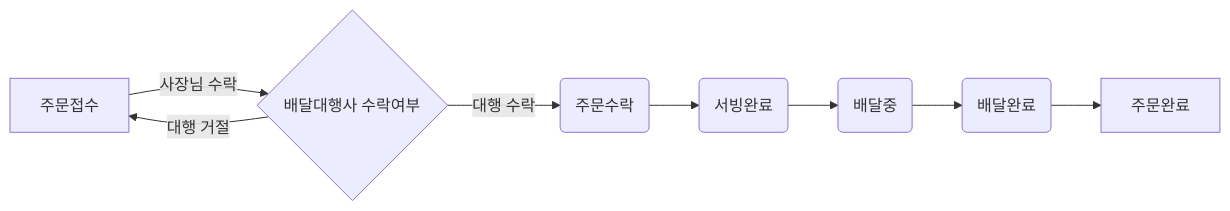
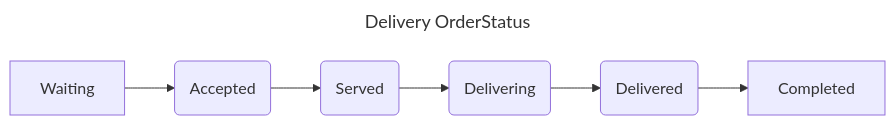
Before and after one commit to hvoiunq/ddd-strategic-design: the first of 3 diagrams in README.md, drawn with Mermaid. The commit also changed other lines of this file, not shown here.

````diff
--- a/README.md
+++ b/README.md
@@ -132,11 +131,11 @@
-```mermaid
-flowchart LR
-    
-  A[주문접수] --> |사장님 수락| B{배달대행사 수락여부}
-  B --> |대행 거절| A
-  B --> |대행 수락| D(주문수락)
-  D --> E(서빙완료)
-  E --> F(배달중)
-  F --> G(배달완료)
-  G --> H[주문완료]
-```
+  ```mermaid
+  ---
+  title: Delivery OrderStatus
+  ---
+  flowchart LR
+    A[Waiting] --> D(Accepted)
+    D --> E(Served)
+    E --> F(Delivering)
+    F --> G(Delivered)
+    G --> H[Completed]
+  ```
````
